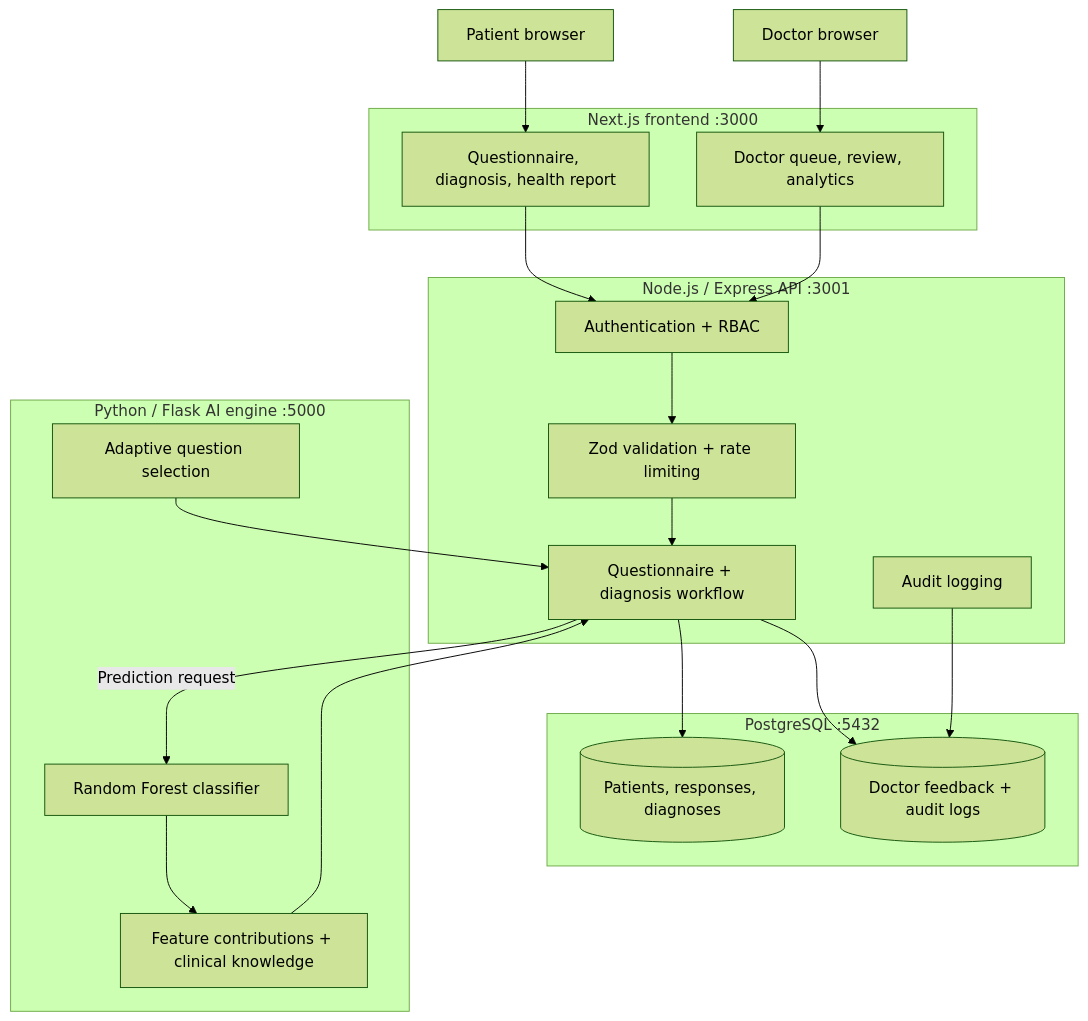
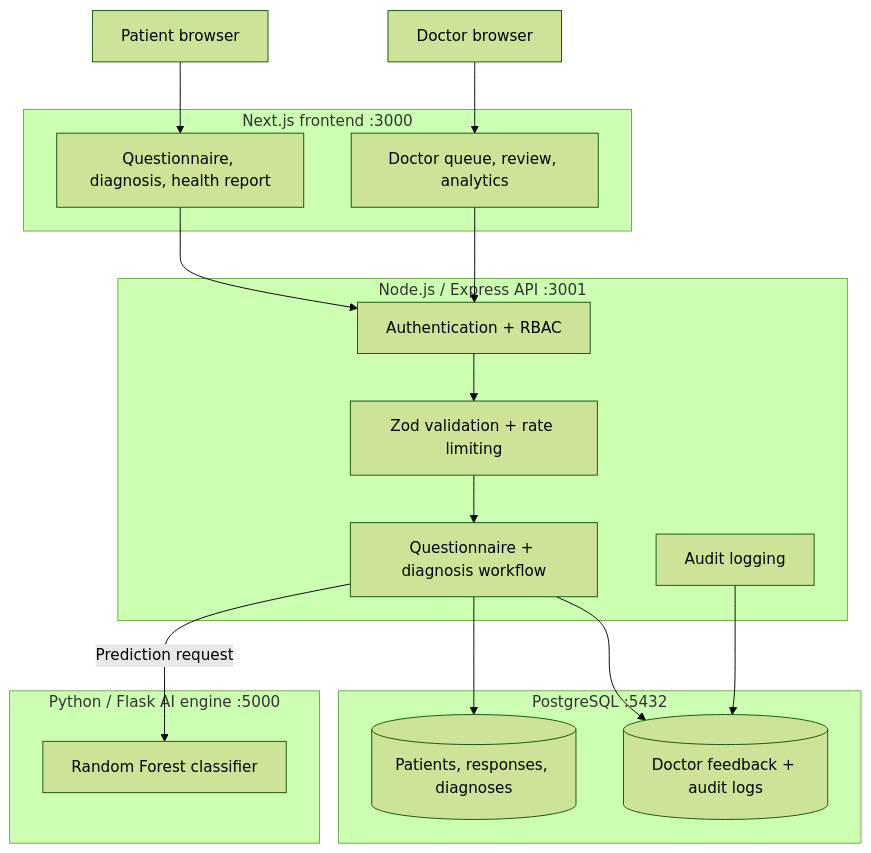
The diagram in README.md (yash23082007/Mediscan-AI), drawn with Mermaid (forest theme) before and after one commit. The commit also changed other lines of this file and 33 other files, not shown here.

````diff
--- a/README.md
+++ b/README.md
@@ -71,42 +70,37 @@
 ```mermaid
 flowchart TB
     Patient["Patient browser"]
     Doctor["Doctor browser"]
 
     subgraph Frontend["Next.js frontend :3000"]
         PatientUI["Questionnaire, diagnosis, health report"]
         DoctorUI["Doctor queue, review, analytics"]
     end
 
     subgraph API["Node.js / Express API :3001"]
         Auth["Authentication + RBAC"]
         Validation["Zod validation + rate limiting"]
         Workflow["Questionnaire + diagnosis workflow"]
         Audit["Audit logging"]
     end
 
     subgraph Storage["PostgreSQL :5432"]
         Data[("Patients, responses, diagnoses")]
         Feedback[("Doctor feedback + audit logs")]
     end
 
     subgraph AI["Python / Flask AI engine :5000"]
-        Questions["Adaptive question selection"]
         Model["Random Forest classifier"]
-        Explain["Feature contributions + clinical knowledge"]
     end
 
     Patient --> PatientUI
     Doctor --> DoctorUI
     PatientUI --> Auth
     DoctorUI --> Auth
     Auth --> Validation
     Validation --> Workflow
     Workflow --> Data
     Workflow -->|"Prediction request"| Model
-    Questions --> Workflow
-    Model --> Explain
-    Explain --> Workflow
     Workflow --> Feedback
     Audit --> Feedback
 ```
````
